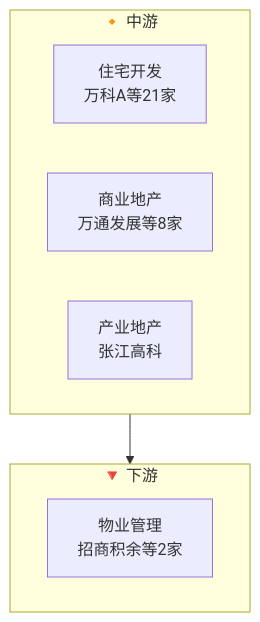
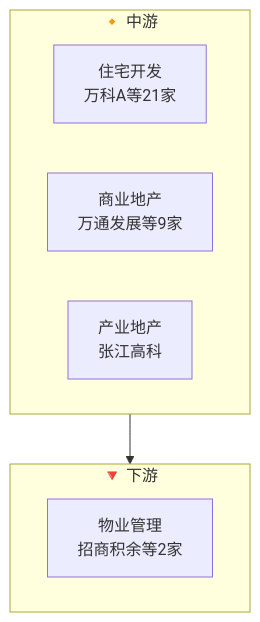
The diagram in industry/wiki/industries/房地产产业链.md (zhangbo1882/open-industry), drawn with Mermaid before and after one commit. The commit also changed other lines of this file and 7 other files, not shown here.

````diff
--- a/industry/wiki/industries/房地产产业链.md
+++ b/industry/wiki/industries/房地产产业链.md
@@ -17,12 +17,12 @@
 ```mermaid
 flowchart TB
     subgraph midstream["🔸 中游"]
         住宅开发["住宅开发<br/>万科A等21家"]
-        商业地产["商业地产<br/>万通发展等8家"]
+        商业地产["商业地产<br/>万通发展等9家"]
         产业地产["产业地产<br/>张江高科"]
     end
     subgraph downstream["🔻 下游"]
         物业管理["物业管理<br/>招商积余等2家"]
     end
     midstream --> downstream
 ```
````
